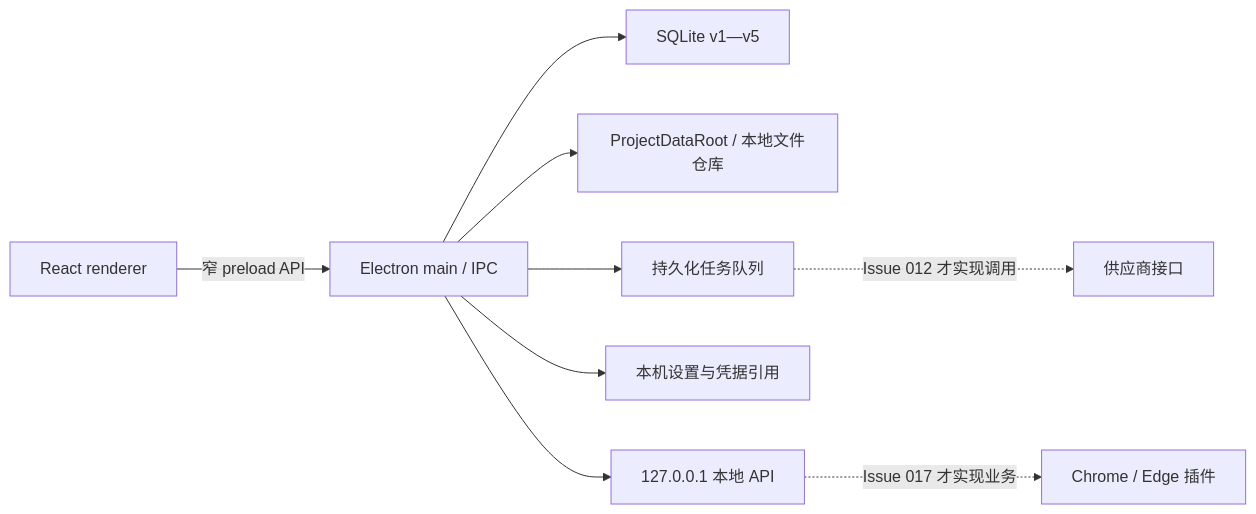
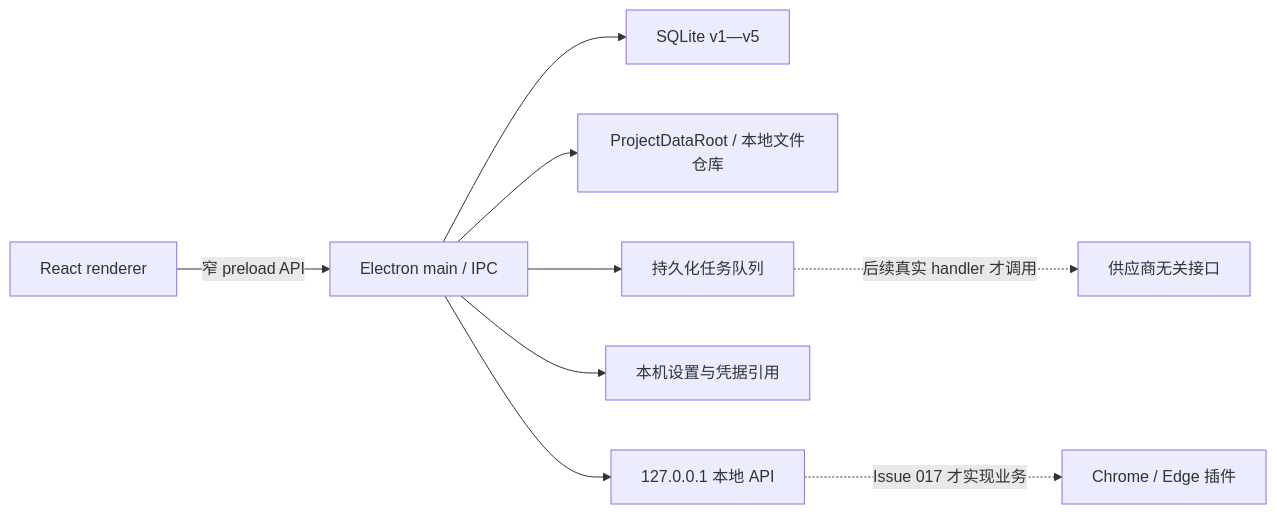
One commit to KAtOReNA7/Rednote-Automated-Operation-Tool changed the diagram in README.md. Above: the diagram before and after it, drawn with Mermaid. The commit also changed other lines of this file and 48 other files, not shown here.

````diff
--- a/README.md
+++ b/README.md
@@ -119,11 +126,11 @@
 ```mermaid
 flowchart LR
     UI["React renderer"] -->|"窄 preload API"| IPC["Electron main / IPC"]
     IPC --> DB["SQLite v1—v5"]
     IPC --> FS["ProjectDataRoot / 本地文件仓库"]
     IPC --> Queue["持久化任务队列"]
     IPC --> Settings["本机设置与凭据引用"]
     IPC --> API["127.0.0.1 本地 API"]
     API -. "Issue 017 才实现业务" .-> Clipper["Chrome / Edge 插件"]
-    Queue -. "Issue 012 才实现调用" .-> Providers["供应商接口"]
+    Queue -. "后续真实 handler 才调用" .-> Providers["供应商无关接口"]
 ```
````
